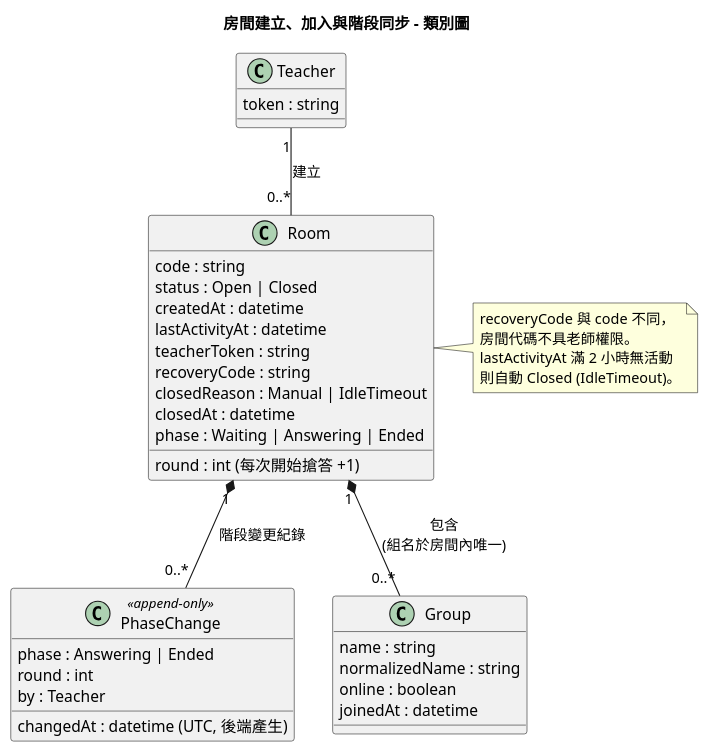
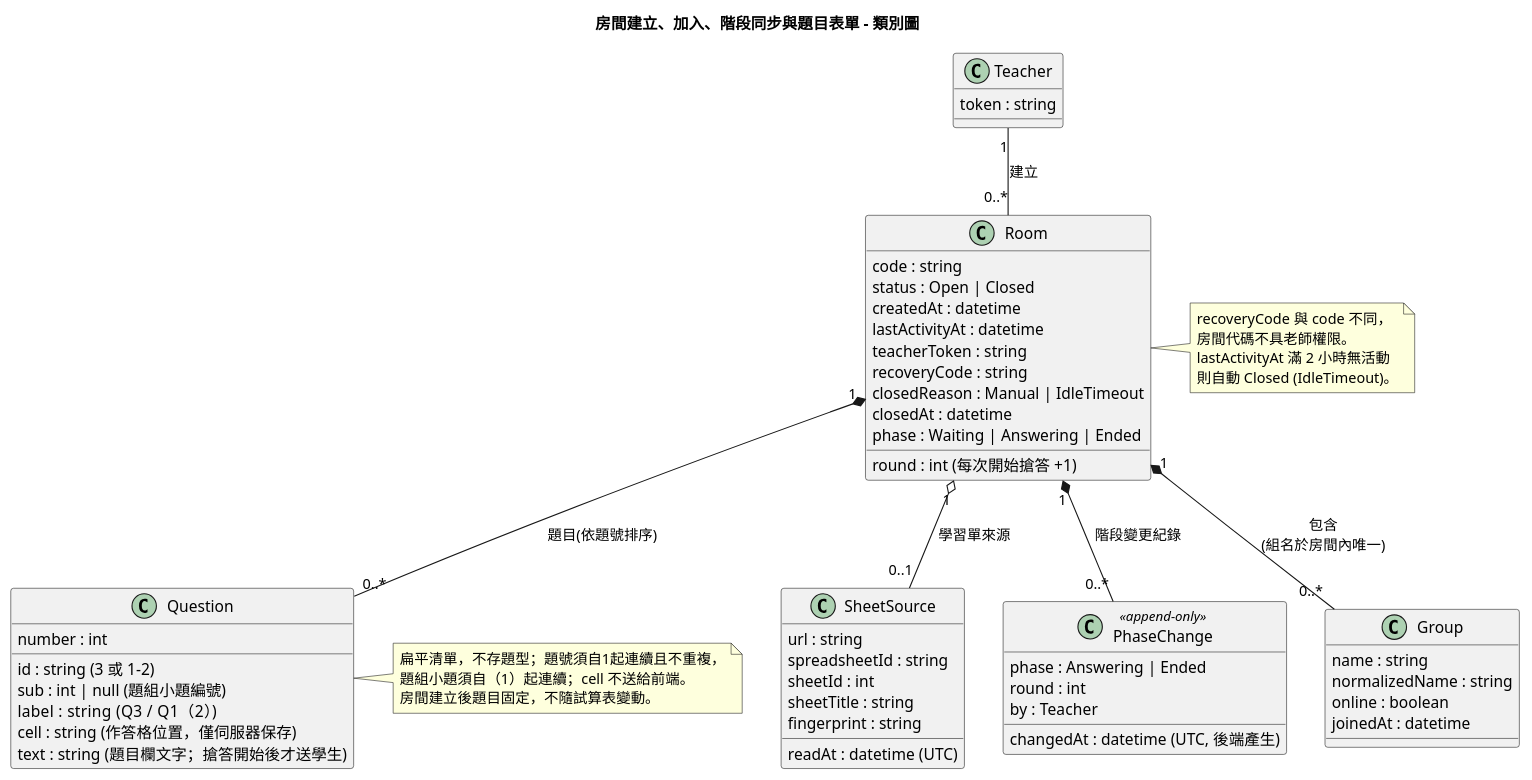
One commit to lin900822/ncu-se-final changed the diagram in diagrams/class.puml. Above: the diagram before and after it, drawn with PlantUML. The commit also changed 46 other files, not shown here.

```diff
--- a/diagrams/class.puml
+++ b/diagrams/class.puml
@@ -1,39 +1,62 @@
 @startuml class
-title 房間建立、加入與階段同步 - 類別圖
+title 房間建立、加入、階段同步與題目表單 - 類別圖
 class Room {
   code : string
   status : Open | Closed
   createdAt : datetime
   lastActivityAt : datetime
   teacherToken : string
   recoveryCode : string
   closedReason : Manual | IdleTimeout
   closedAt : datetime
   phase : Waiting | Answering | Ended
   round : int (每次開始搶答 +1)
 }
+class Question {
+  id : string (3 或 1-2)
+  number : int
+  sub : int | null (題組小題編號)
+  label : string (Q3 / Q1（2）)
+  cell : string (作答格位置，僅伺服器保存)
+  text : string (題目欄文字；搶答開始後才送學生)
+}
+class SheetSource {
+  url : string
+  spreadsheetId : string
+  sheetId : int
+  sheetTitle : string
+  readAt : datetime (UTC)
+  fingerprint : string
+}
+note right of Question
+  扁平清單，不存題型；題號須自1起連續且不重複，
+  題組小題須自（1）起連續；cell 不送給前端。
+  房間建立後題目固定，不隨試算表變動。
+end note
 class PhaseChange <<append-only>> {
   phase : Answering | Ended
   round : int
   by : Teacher
   changedAt : datetime (UTC, 後端產生)
 }
 class Group {
   name : string
   normalizedName : string
   online : boolean
   joinedAt : datetime
 }
 class Teacher {
   token : string
 }
 note right of Room
   recoveryCode 與 code 不同，
   房間代碼不具老師權限。
   lastActivityAt 滿 2 小時無活動
   則自動 Closed (IdleTimeout)。
 end note
 Teacher "1" -- "0..*" Room : 建立
 Room "1" *-- "0..*" PhaseChange : 階段變更紀錄
+Room "1" *-- "0..*" Question : 題目(依題號排序)
+Room "1" o-- "0..1" SheetSource : 學習單來源
 Room "1" *-- "0..*" Group : 包含\n(組名於房間內唯一)
 @enduml
```
